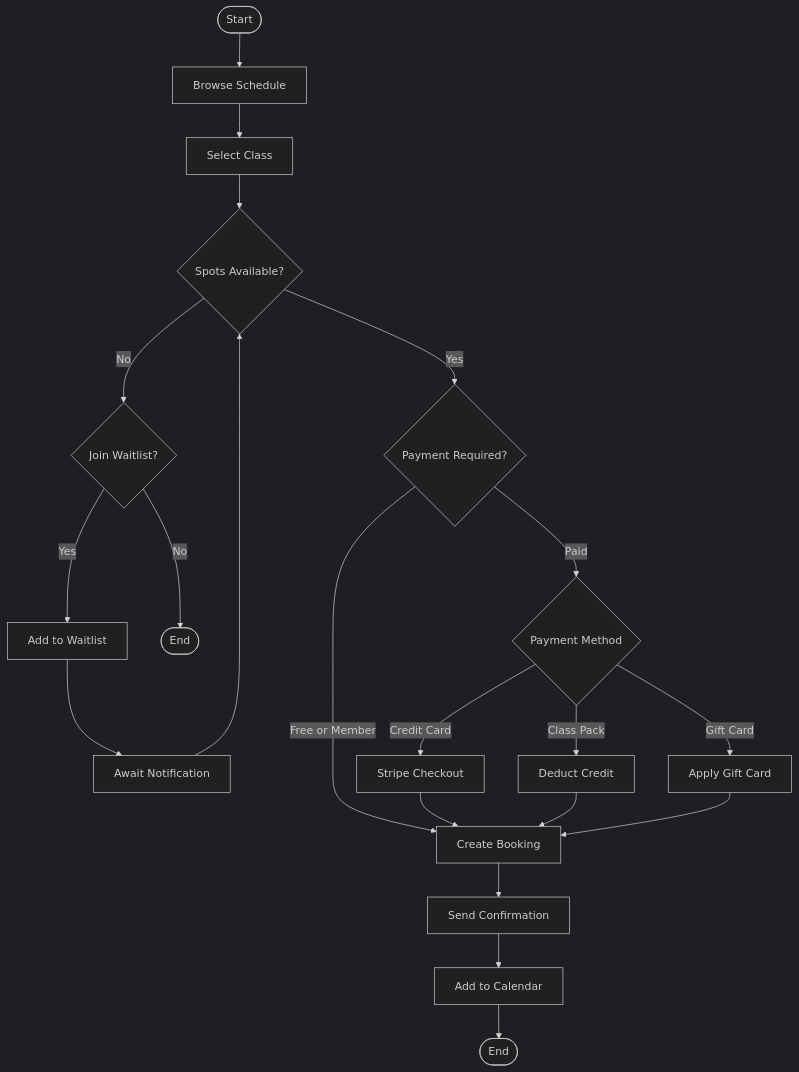
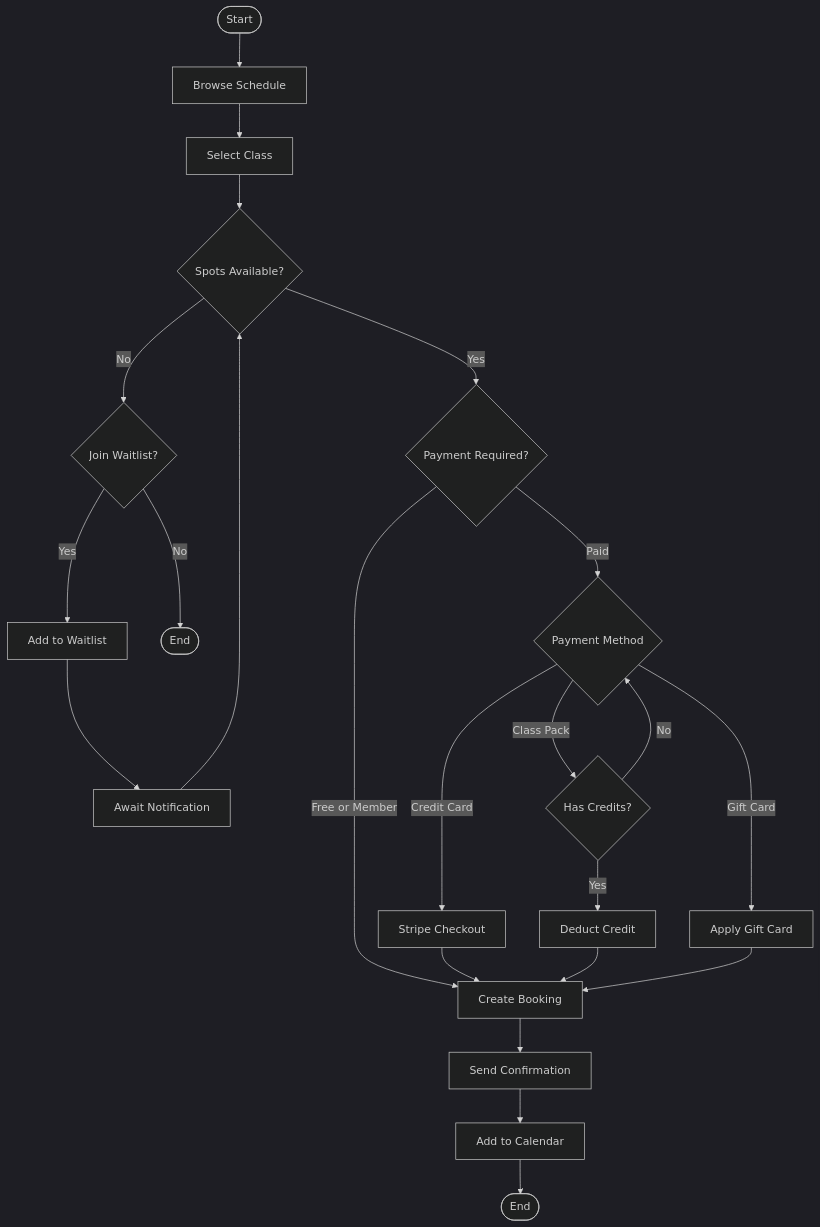
One commit to slichti/studio-platform-dev changed the second of 9 diagrams in docs/bpmn_workflows.md. Above: the diagram before and after it, drawn with Mermaid (dark theme). The commit also changed 8 other files, not shown here.

````diff
--- a/docs/bpmn_workflows.md
+++ b/docs/bpmn_workflows.md
@@ -27,29 +27,31 @@
 ```mermaid
 flowchart TD
     START([Start]) --> BROWSE[Browse Schedule]
     BROWSE --> SELECT[Select Class]
     SELECT --> CHECK{Spots Available?}
     
     CHECK -->|No| WAITLIST{Join Waitlist?}
     WAITLIST -->|Yes| ADDWAIT[Add to Waitlist]
     ADDWAIT --> NOTIFY[Await Notification]
     NOTIFY --> CHECK
     WAITLIST -->|No| END1([End])
     
     CHECK -->|Yes| PAYMENT{Payment Required?}
     
     PAYMENT -->|Free or Member| BOOK[Create Booking]
     PAYMENT -->|Paid| PMETHOD{Payment Method}
     
     PMETHOD -->|Credit Card| STRIPE[Stripe Checkout]
-    PMETHOD -->|Class Pack| DEDUCT[Deduct Credit]
+    PMETHOD -->|Class Pack| CHECK_PACK{Has Credits?}
+    CHECK_PACK -->|Yes| DEDUCT[Deduct Credit]
+    CHECK_PACK -->|No| PMETHOD
     PMETHOD -->|Gift Card| REDEEM[Apply Gift Card]
     
     STRIPE --> BOOK
     DEDUCT --> BOOK
     REDEEM --> BOOK
     
     BOOK --> CONFIRM[Send Confirmation]
     CONFIRM --> CALENDAR[Add to Calendar]
     CALENDAR --> END2([End])
 ```
````
